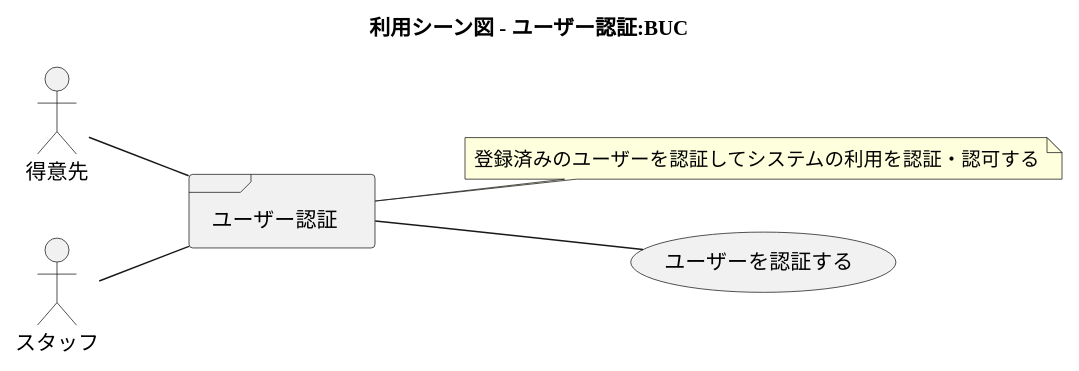
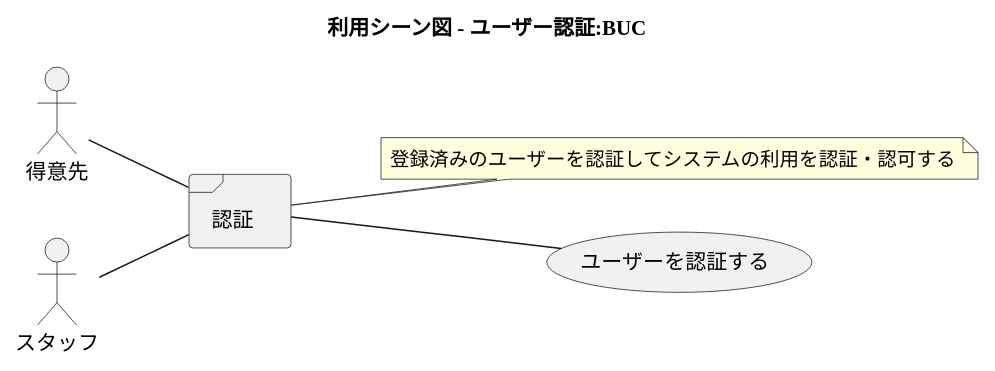
Before and after one commit to k2works/application_programing_excercise_2022: diagram 16 of 38 in docs/index.adoc, drawn with PlantUML. The commit also changed other lines of this file, not shown here.

Commit message:
docs: ユースケース複合図

```diff
--- a/docs/index.adoc
+++ b/docs/index.adoc
@@ -540,24 +569,24 @@
 [plantuml]
 ----
 @startuml
 
 title 利用シーン図 - ユーザー認証:BUC
 
 left to right direction
 
 actor 得意先 as ac_01
 actor スタッフ as ac_02
 
-frame ユーザー認証 as fr_01
+frame 認証 as fr_01
 note right of fr_01
   登録済みのユーザーを認証してシステムの利用を認証・認可する
 end note
 
 usecase ユーザーを認証する as uc_01
 
 :ac_01: -- fr_01
 :ac_02: -- fr_01
 fr_01 -- (uc_01)
 
 @enduml
 ----
```
